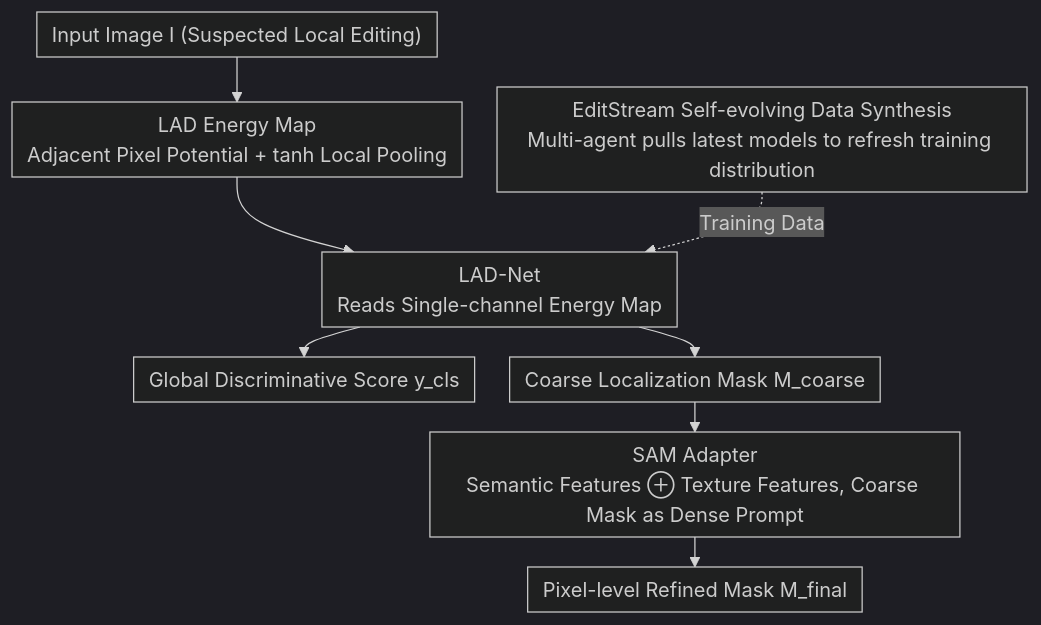
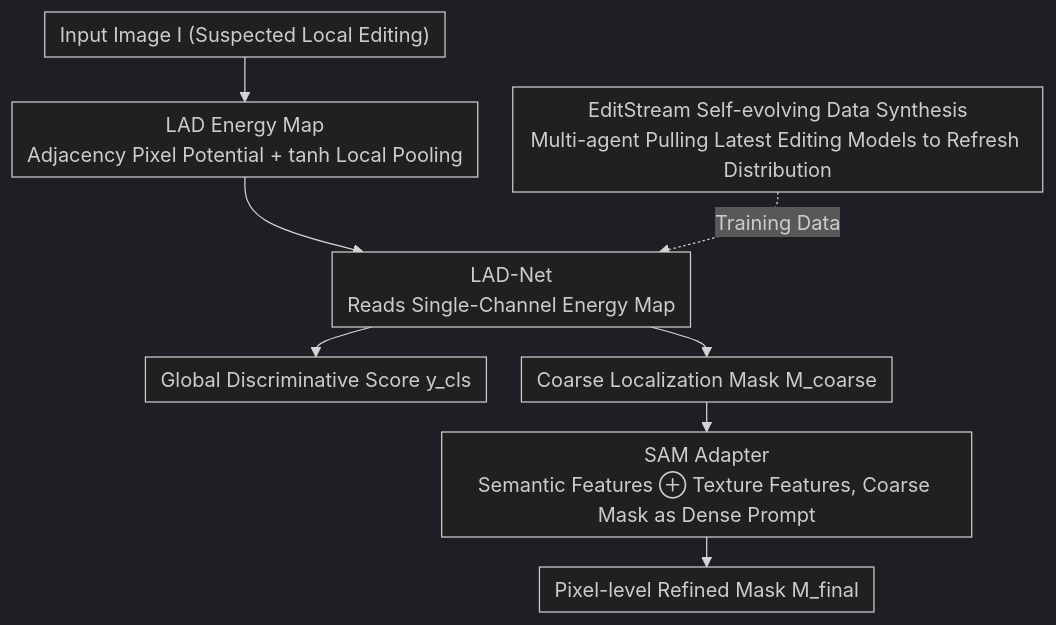
The diagram in docs/ICML2026/image_generation/order_within_chaos_capturing_intrinsic_energy_anomalies_for_ai-manipulated_image.md (zhaoyang97/Paper-Notes-en), drawn with Mermaid (dark theme) before and after one commit. The commit also changed other lines of this file and 5084 other files, not shown here.

````diff
--- a/docs/ICML2026/image_generation/order_within_chaos_capturing_intrinsic_energy_anomalies_for_ai-manipulated_image.md
+++ b/docs/ICML2026/image_generation/order_within_chaos_capturing_intrinsic_energy_anomalies_for_ai-manipulated_image.md
@@ -43,11 +43,11 @@
 ```mermaid
 %%{init: {'flowchart': {'rankSpacing': 24, 'nodeSpacing': 28, 'padding': 6, 'wrappingWidth': 400}}}%%
 flowchart TD
-    I["Input Image I (Suspected Local Editing)"] --> LAD["LAD Energy Map<br/>Adjacent Pixel Potential + tanh Local Pooling"]
-    LAD --> LNET["LAD-Net<br/>Reads Single-channel Energy Map"]
+    I["Input Image I (Suspected Local Editing)"] --> LAD["LAD Energy Map<br/>Adjacency Pixel Potential + tanh Local Pooling"]
+    LAD --> LNET["LAD-Net<br/>Reads Single-Channel Energy Map"]
     LNET --> CLS["Global Discriminative Score y_cls"]
     LNET --> COARSE["Coarse Localization Mask M_coarse"]
     COARSE --> SAM["SAM Adapter<br/>Semantic Features ⊕ Texture Features, Coarse Mask as Dense Prompt"]
     SAM --> FINAL["Pixel-level Refined Mask M_final"]
-    EDIT["EditStream Self-evolving Data Synthesis<br/>Multi-agent pulls latest models to refresh training distribution"] -.Training Data.-> LNET
+    EDIT["EditStream Self-evolving Data Synthesis<br/>Multi-agent Pulling Latest Editing Models to Refresh Distribution"] -.Training Data.-> LNET
 ```
````
